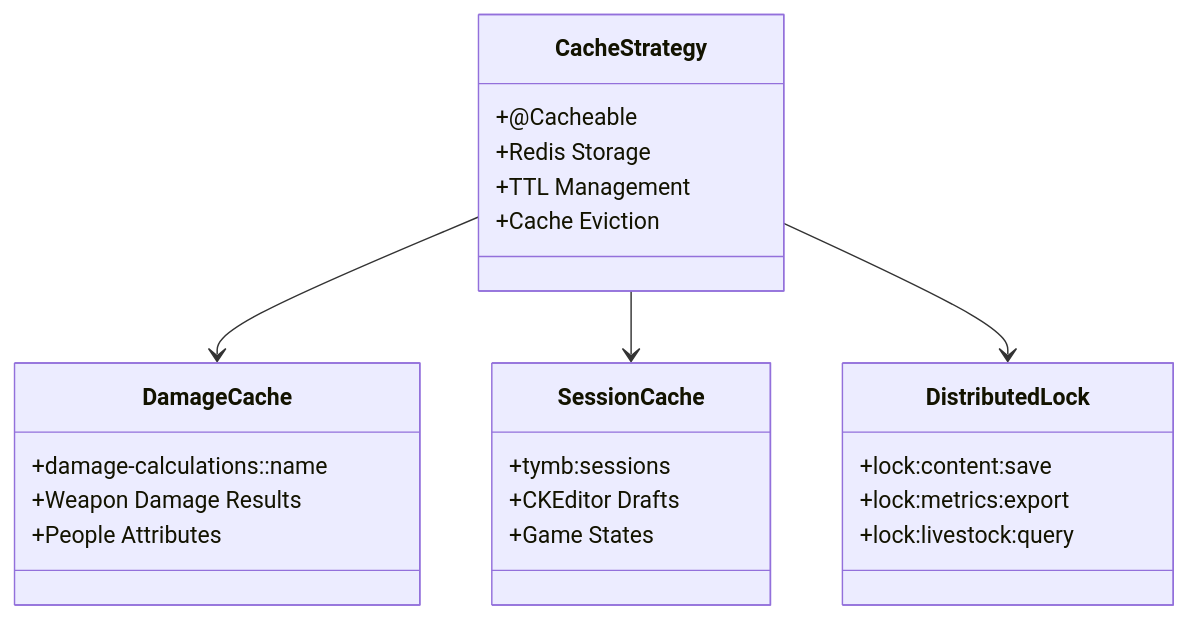
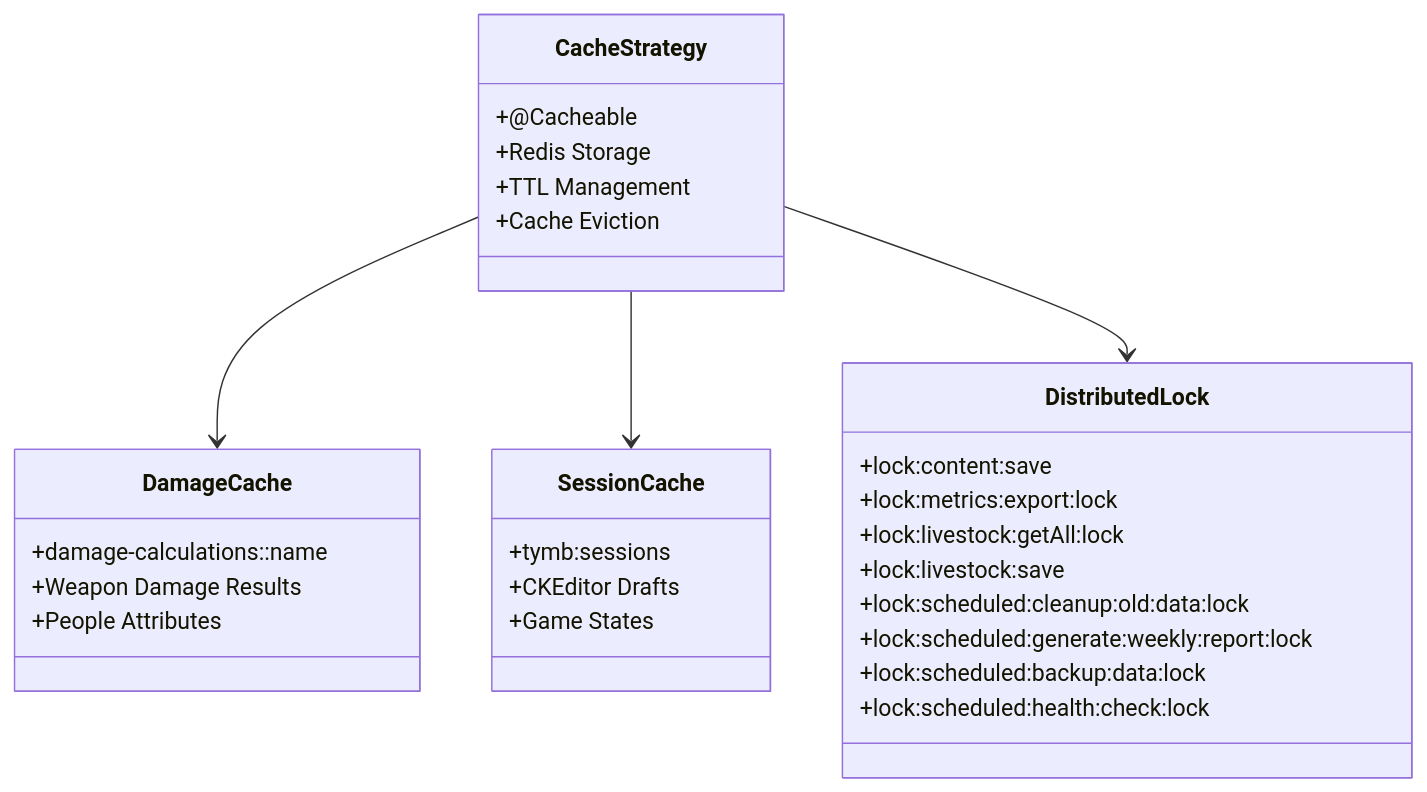
Before and after one commit to Vinskao/ty-multiverse-backend: the fourth of 13 diagrams in README.md, drawn with Mermaid. The commit also changed other lines of this file, not shown here.

````diff
--- a/README.md
+++ b/README.md
@@ -124,31 +148,36 @@
 ```mermaid
 classDiagram
     class CacheStrategy {
         +@Cacheable
         +Redis Storage
         +TTL Management
         +Cache Eviction
     }
     
     class DamageCache {
         +damage-calculations::name
         +Weapon Damage Results
         +People Attributes
     }
     
     class SessionCache {
         +tymb:sessions
         +CKEditor Drafts
         +Game States
     }
     
     class DistributedLock {
         +lock:content:save
-        +lock:metrics:export
-        +lock:livestock:query
+        +lock:metrics:export:lock
+        +lock:livestock:getAll:lock
+        +lock:livestock:save
+        +lock:scheduled:cleanup:old:data:lock
+        +lock:scheduled:generate:weekly:report:lock
+        +lock:scheduled:backup:data:lock
+        +lock:scheduled:health:check:lock
     }
     
     CacheStrategy --> DamageCache
     CacheStrategy --> SessionCache
     CacheStrategy --> DistributedLock
 ```
````
